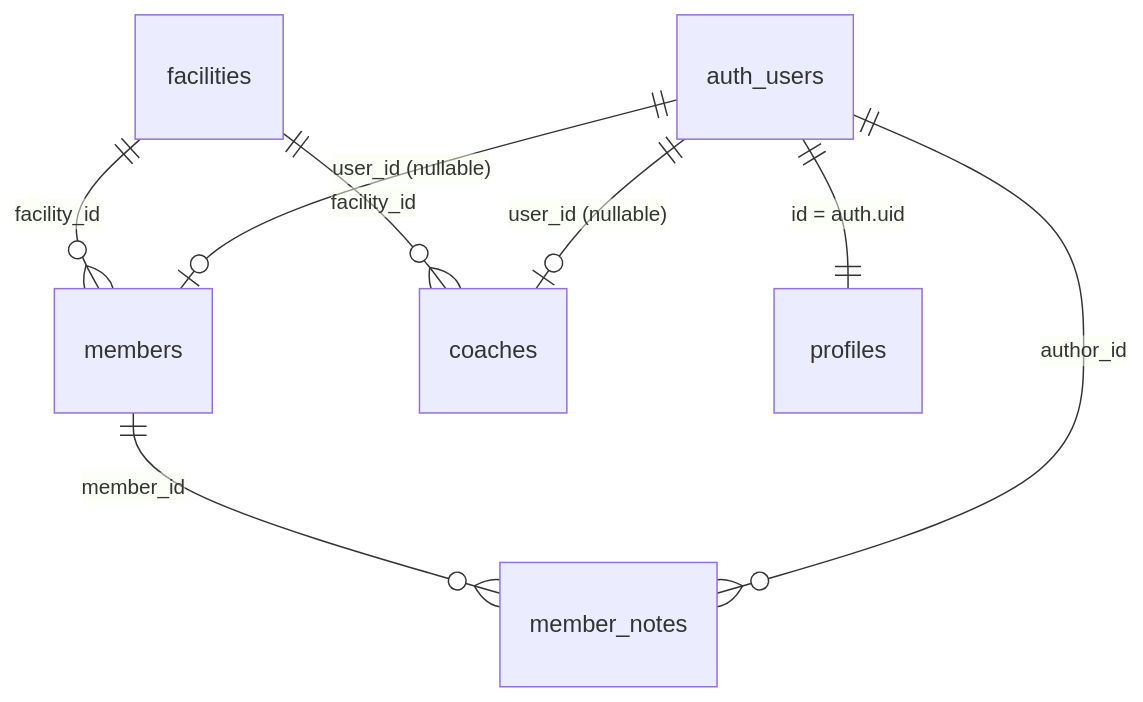
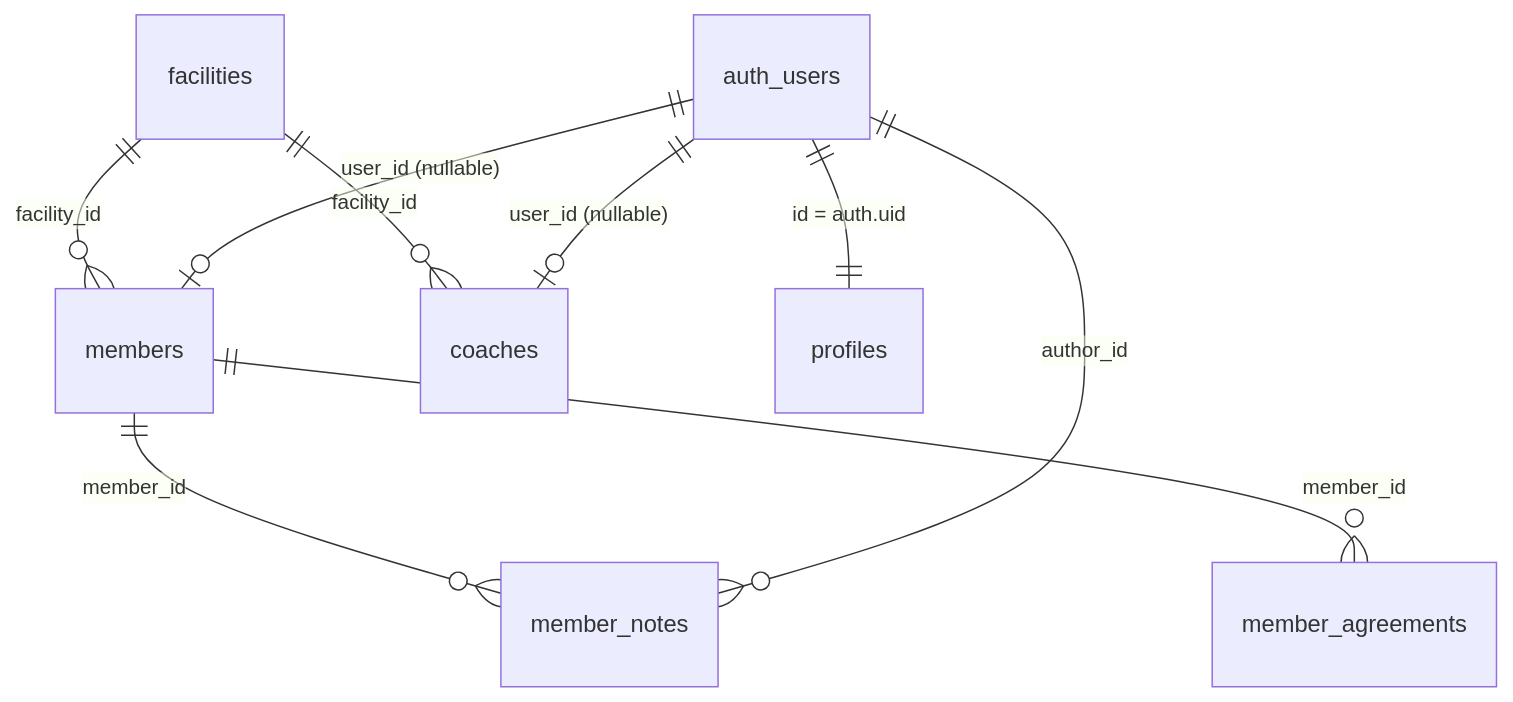
One commit to teenfo/BCL-portal changed the first of 9 diagrams in .docs/rebuild/07-data-model.md. Above: the diagram before and after it, drawn with Mermaid. The commit also changed other lines of this file, not shown here.

````diff
--- a/.docs/rebuild/07-data-model.md
+++ b/.docs/rebuild/07-data-model.md
@@ -150,10 +159,11 @@
 ```mermaid
 erDiagram
     facilities ||--o{ members : "facility_id"
     facilities ||--o{ coaches : "facility_id"
     auth_users ||--|| profiles : "id = auth.uid"
     auth_users ||--o| members : "user_id (nullable)"
     auth_users ||--o| coaches : "user_id (nullable)"
     members ||--o{ member_notes : "member_id"
     auth_users ||--o{ member_notes : "author_id"
+    members ||--o{ member_agreements : "member_id"
 ```
````
